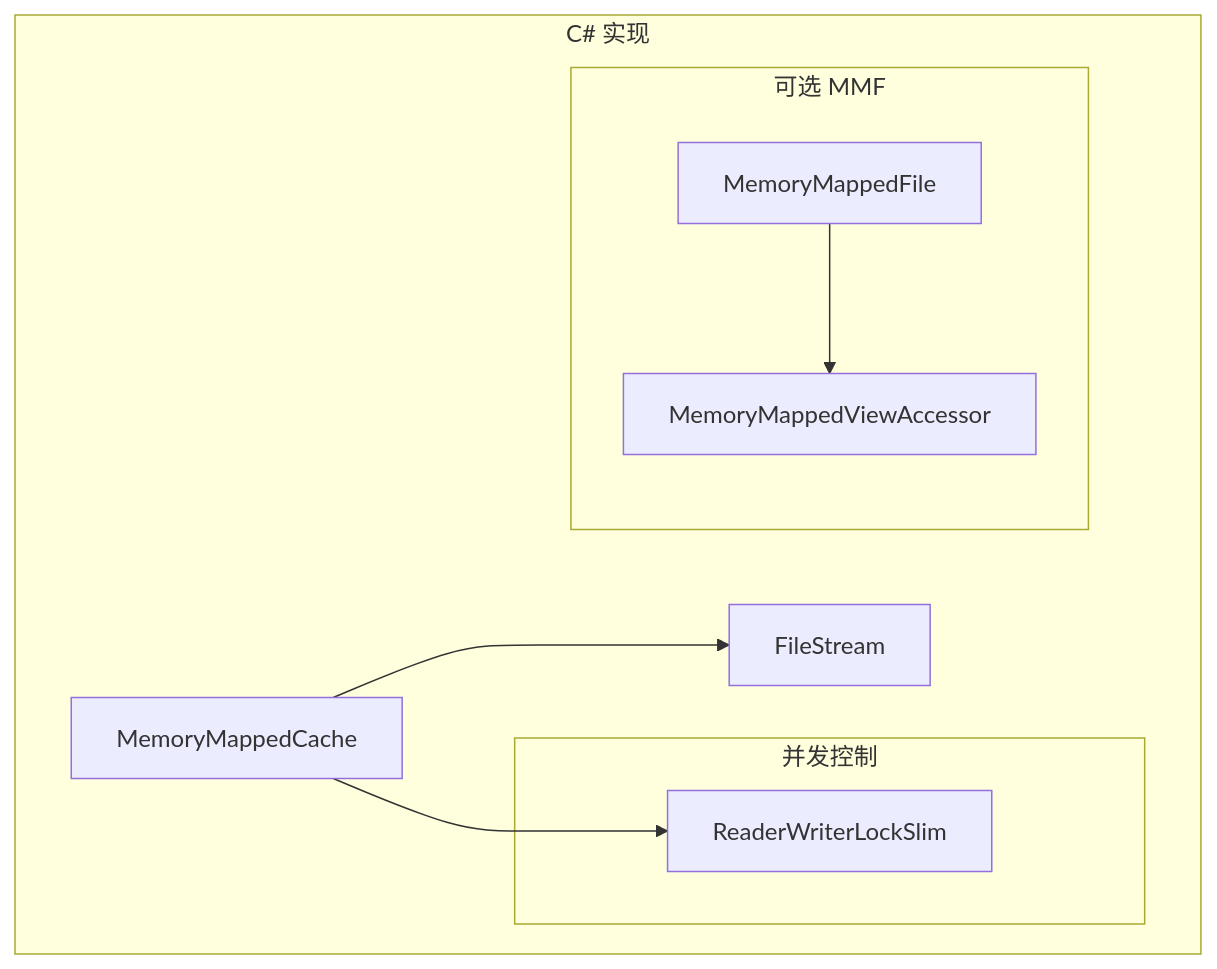
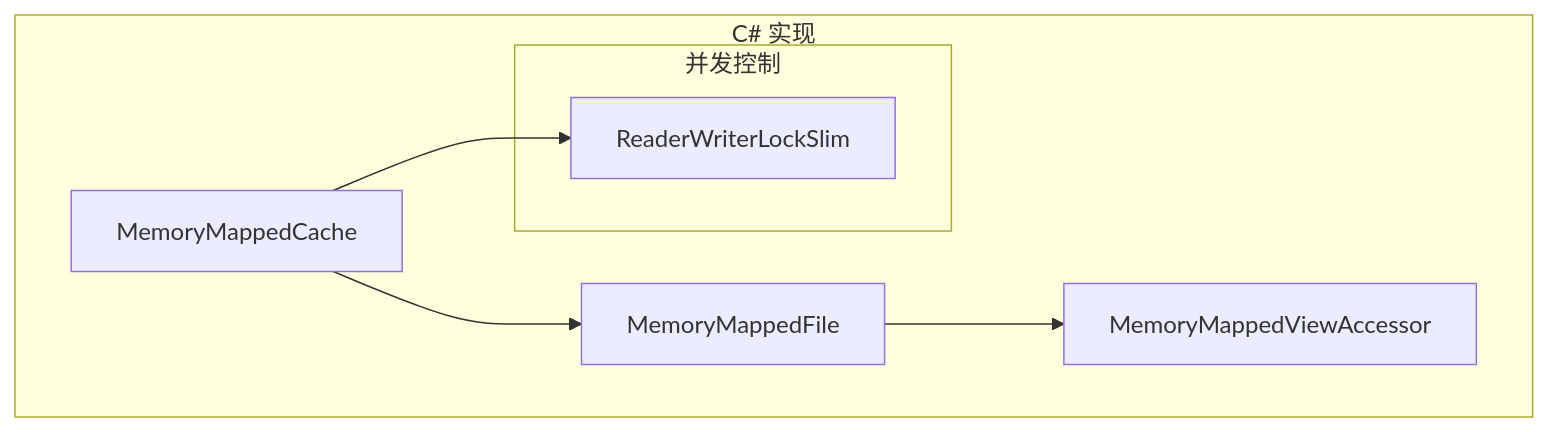
Before and after one commit to feuyeux/hello-audio-stream: diagram 11 of 19 in doc/mmap.md, drawn with Mermaid. The commit also changed other lines of this file and 205 other files, not shown here.

````diff
--- a/doc/mmap.md
+++ b/doc/mmap.md
@@ -378,20 +371,16 @@
 ```mermaid
 graph TB
     subgraph "C# 实现"
         MEM[MemoryMappedCache]
-        FS[FileStream]
+        MMF[MemoryMappedFile]
+        ACCESSOR[MemoryMappedViewAccessor]
         
         subgraph "并发控制"
             RWLS[ReaderWriterLockSlim]
         end
-        
-        subgraph "可选 MMF"
-            MMF[MemoryMappedFile]
-            MVA[MemoryMappedViewAccessor]
-        end
     end
     
-    MEM --> FS
+    MEM --> MMF
+    MMF --> ACCESSOR
     MEM --> RWLS
-    MMF --> MVA
 ```
````
